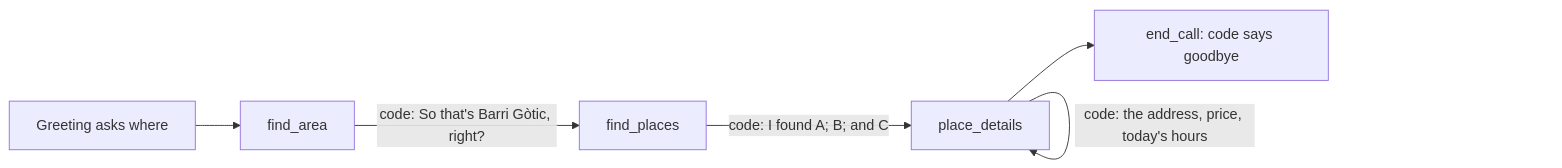
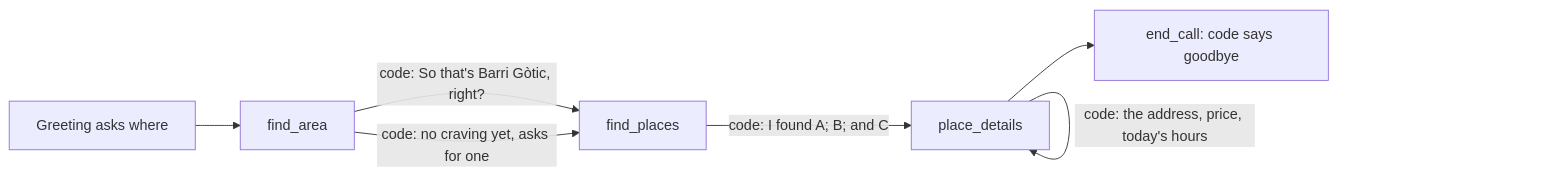
One commit to slng-ai/unmute-core changed the diagram in examples/nosh/README.md. Above: the diagram before and after it, drawn with Mermaid. The commit also changed other lines of this file and 7 other files, not shown here.

First line of the commit message:
Let nosh's read-back ask for the craving in code

````diff
--- a/examples/nosh/README.md
+++ b/examples/nosh/README.md
@@ -7,8 +7,9 @@
 ```mermaid
 flowchart LR
     G[Greeting asks where] --> A[find_area]
     A -->|"code: So that's Barri Gòtic, right?"| P[find_places]
+    A -->|"code: no craving yet, asks for one"| P
     P -->|"code: I found A; B; and C"| D[place_details]
     D -->|"code: the address, price, today's hours"| D
     D --> E[end_call: code says goodbye]
 ```
````
